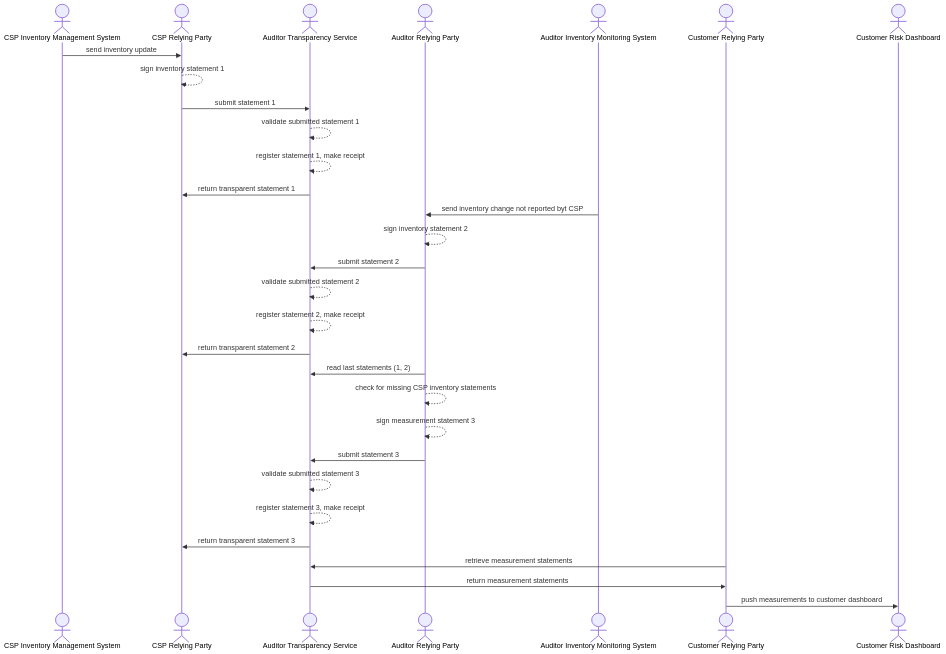
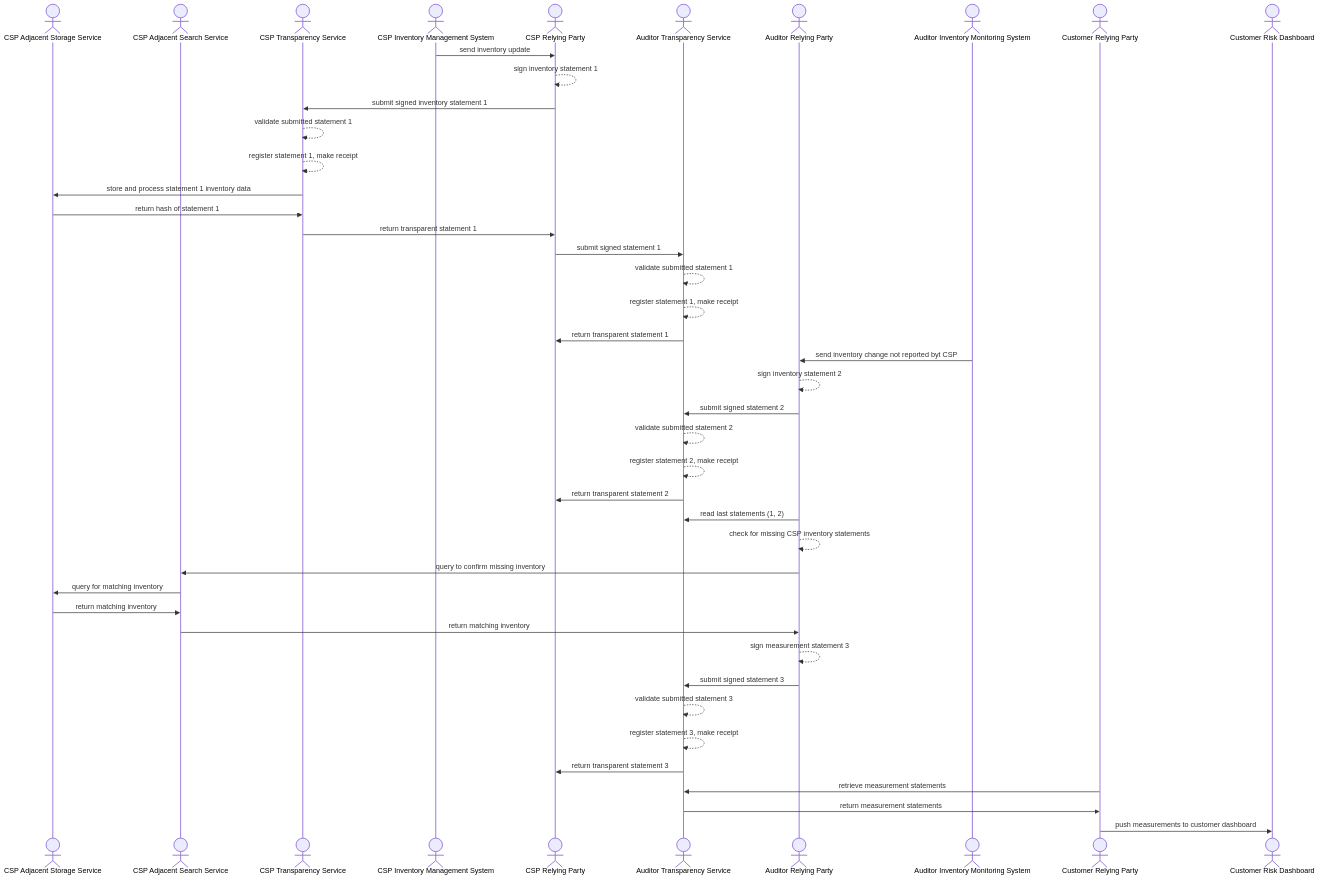
Before and after one commit to aj-stein/conmotion: the diagram in docs/use-case_inventory.mmd, drawn with Mermaid.

Commit message:
Add details about adjacent services to inventory UC flow

```diff
--- a/docs/use-case_inventory.mmd
+++ b/docs/use-case_inventory.mmd
@@ -1,30 +1,43 @@
   sequenceDiagram
+          actor CSP_TS_STORE as CSP Adjacent Storage Service
+          actor CSP_TS_SEARCH as CSP Adjacent Search Service
+          actor CSP_TS as CSP Transparency Service
           actor CSP_IMS as CSP Inventory Management System
           actor CSP_RP as CSP Relying Party
           actor AUDITOR_TS as Auditor Transparency Service
           actor AUDITOR_RP as Auditor Relying Party
           actor AUDITOR_IMS as Auditor Inventory Monitoring System
           actor CUSTOMER_RP as Customer Relying Party
           actor CUSTOMER_GRC as Customer Risk Dashboard
           CSP_IMS->>CSP_RP: send inventory update
           CSP_RP-->>CSP_RP: sign inventory statement 1
-          CSP_RP->>AUDITOR_TS: submit statement 1
+          CSP_RP->>CSP_TS: submit signed inventory statement 1
+          CSP_TS-->>CSP_TS: validate submitted statement 1
+          CSP_TS-->>CSP_TS: register statement 1, make receipt
+          CSP_TS->>CSP_TS_STORE: store and process statement 1 inventory data
+          CSP_TS_STORE->>CSP_TS: return hash of statement 1
+          CSP_TS->>CSP_RP: return transparent statement 1
+          CSP_RP->>AUDITOR_TS: submit signed statement 1
           AUDITOR_TS-->>AUDITOR_TS: validate submitted statement 1
           AUDITOR_TS-->>AUDITOR_TS: register statement 1, make receipt
           AUDITOR_TS->>CSP_RP: return transparent statement 1
           AUDITOR_IMS->>AUDITOR_RP: send inventory change not reported byt CSP
           AUDITOR_RP-->>AUDITOR_RP: sign inventory statement 2
-          AUDITOR_RP->>AUDITOR_TS: submit statement 2
+          AUDITOR_RP->>AUDITOR_TS: submit signed statement 2
           AUDITOR_TS-->>AUDITOR_TS: validate submitted statement 2
           AUDITOR_TS-->>AUDITOR_TS: register statement 2, make receipt
           AUDITOR_TS->>CSP_RP: return transparent statement 2
           AUDITOR_RP->>AUDITOR_TS: read last statements (1, 2)
           AUDITOR_RP-->>AUDITOR_RP: check for missing CSP inventory statements
+          AUDITOR_RP->>CSP_TS_SEARCH: query to confirm missing inventory
+          CSP_TS_SEARCH->>CSP_TS_STORE: query for matching inventory
+          CSP_TS_STORE->>CSP_TS_SEARCH: return matching inventory
+          CSP_TS_SEARCH->>AUDITOR_RP: return matching inventory
           AUDITOR_RP-->>AUDITOR_RP: sign measurement statement 3
-          AUDITOR_RP->>AUDITOR_TS: submit statement 3
+          AUDITOR_RP->>AUDITOR_TS: submit signed statement 3
           AUDITOR_TS-->>AUDITOR_TS: validate submitted statement 3
           AUDITOR_TS-->>AUDITOR_TS: register statement 3, make receipt
           AUDITOR_TS->>CSP_RP: return transparent statement 3
           CUSTOMER_RP->>AUDITOR_TS: retrieve measurement statements
           AUDITOR_TS->>CUSTOMER_RP: return measurement statements
           CUSTOMER_RP->>CUSTOMER_GRC: push measurements to customer dashboard 
```
